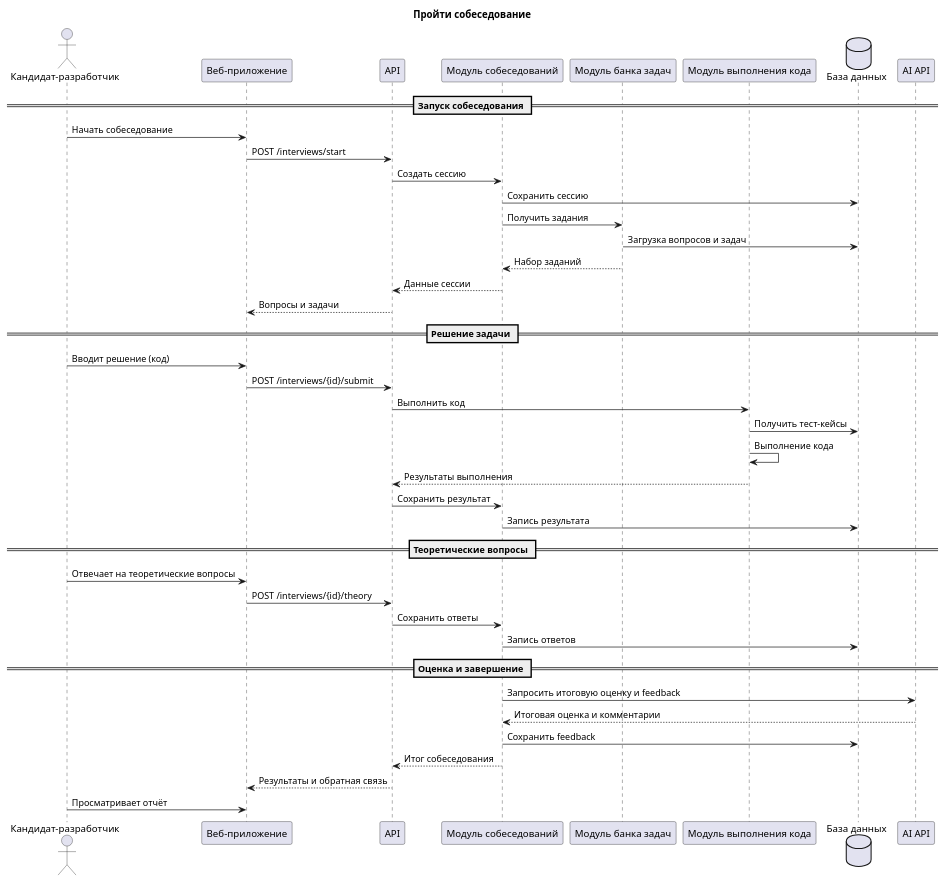
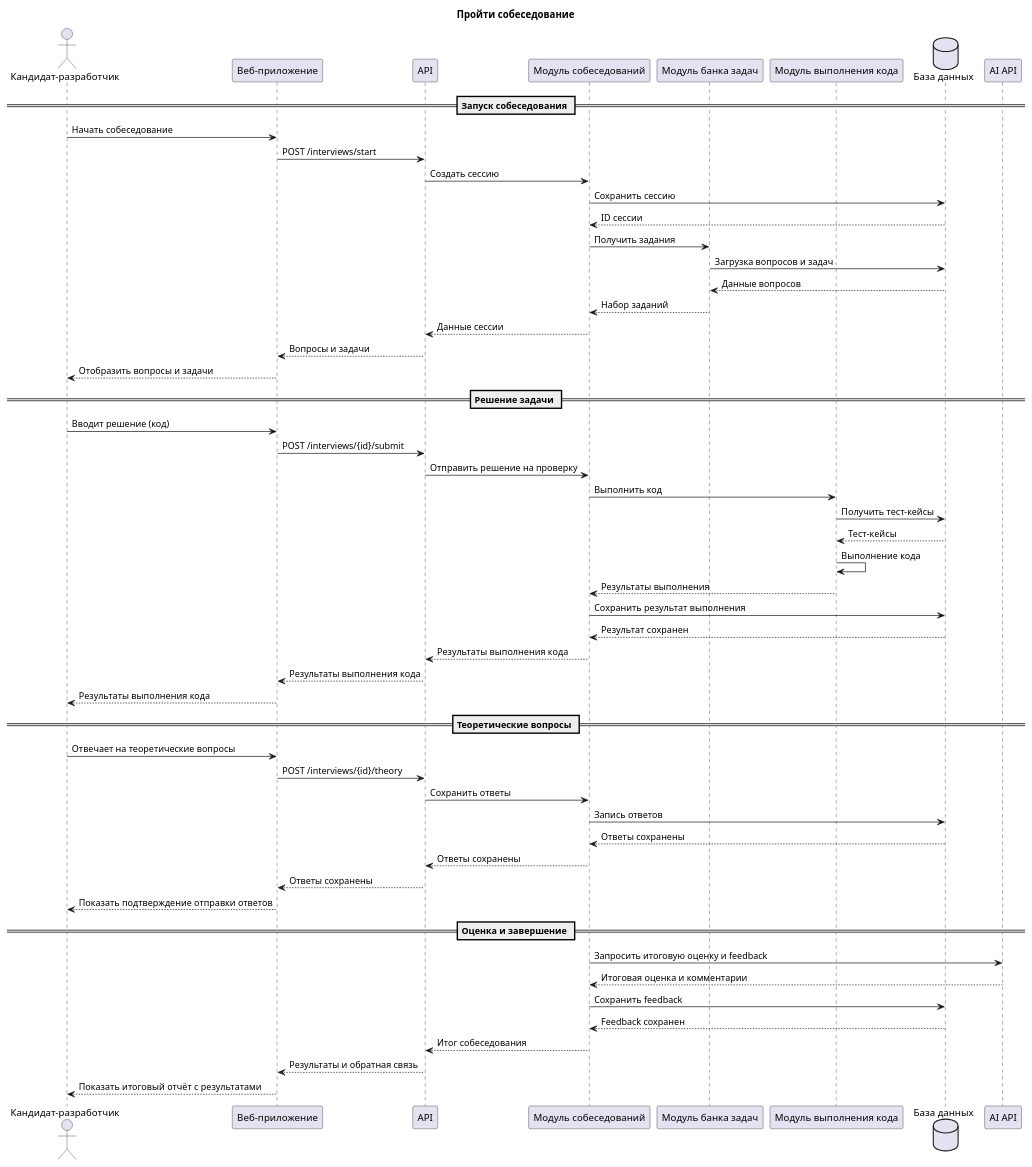
One commit to MLeontev/HSE_Architecture changed the diagram in Lab Work №3/docs/Sequence/sequence.puml. Above: the diagram before and after it, drawn with PlantUML. The commit also changed 1 other file, not shown here.

Commit message:
Добавил обратные стрелки на диаграмме последовательности

```diff
--- a/Lab Work №3/docs/Sequence/sequence.puml
+++ b/Lab Work №3/docs/Sequence/sequence.puml
@@ -1,63 +1,77 @@
 @startuml
 title Пройти собеседование
 
 actor "Кандидат-разработчик" as Candidate
 
 participant "Веб-приложение" as spa
 participant "API" as api
 
 participant "Модуль собеседований" as interviewModule
 participant "Модуль банка задач" as questionBankModule
 participant "Модуль выполнения кода" as codeRunnerModule
 
 database "База данных" as database
 participant "AI API" as aiAPI
 
 == Запуск собеседования ==
 
 Candidate -> spa : Начать собеседование
 spa -> api : POST /interviews/start
 
 api -> interviewModule : Создать сессию
 interviewModule -> database : Сохранить сессию
+database --> interviewModule : ID сессии
 
 interviewModule -> questionBankModule : Получить задания
 questionBankModule -> database : Загрузка вопросов и задач
+database --> questionBankModule : Данные вопросов
 questionBankModule --> interviewModule : Набор заданий
 
 interviewModule --> api : Данные сессии
 api --> spa : Вопросы и задачи
+spa --> Candidate : Отобразить вопросы и задачи
 
 == Решение задачи ==
 
 Candidate -> spa : Вводит решение (код)
 spa -> api : POST /interviews/{id}/submit
 
-api -> codeRunnerModule : Выполнить код
+api -> interviewModule : Отправить решение на проверку
+
+interviewModule -> codeRunnerModule : Выполнить код
 codeRunnerModule -> database : Получить тест-кейсы
+database --> codeRunnerModule : Тест-кейсы
 codeRunnerModule -> codeRunnerModule : Выполнение кода
-codeRunnerModule --> api : Результаты выполнения
+codeRunnerModule --> interviewModule : Результаты выполнения
 
-api -> interviewModule : Сохранить результат
-interviewModule -> database : Запись результата
+interviewModule -> database : Сохранить результат выполнения
+database --> interviewModule : Результат сохранен
+interviewModule --> api : Результаты выполнения кода
+api --> spa : Результаты выполнения кода
+spa --> Candidate : Результаты выполнения кода
 
 == Теоретические вопросы ==
 
 Candidate -> spa : Отвечает на теоретические вопросы
 spa -> api : POST /interviews/{id}/theory
 
 api -> interviewModule : Сохранить ответы
 interviewModule -> database : Запись ответов
+database --> interviewModule : Ответы сохранены
+interviewModule --> api : Ответы сохранены
+api --> spa : Ответы сохранены
+spa --> Candidate : Показать подтверждение отправки ответов
 
 == Оценка и завершение ==
 
 interviewModule -> aiAPI : Запросить итоговую оценку и feedback
 aiAPI --> interviewModule : Итоговая оценка и комментарии
 
 interviewModule -> database : Сохранить feedback
+database --> interviewModule : Feedback сохранен
 interviewModule --> api : Итог собеседования
 api --> spa : Результаты и обратная связь
 
-Candidate -> spa : Просматривает отчёт
+spa --> Candidate : Показать итоговый отчёт с результатами
 
 @enduml
```
